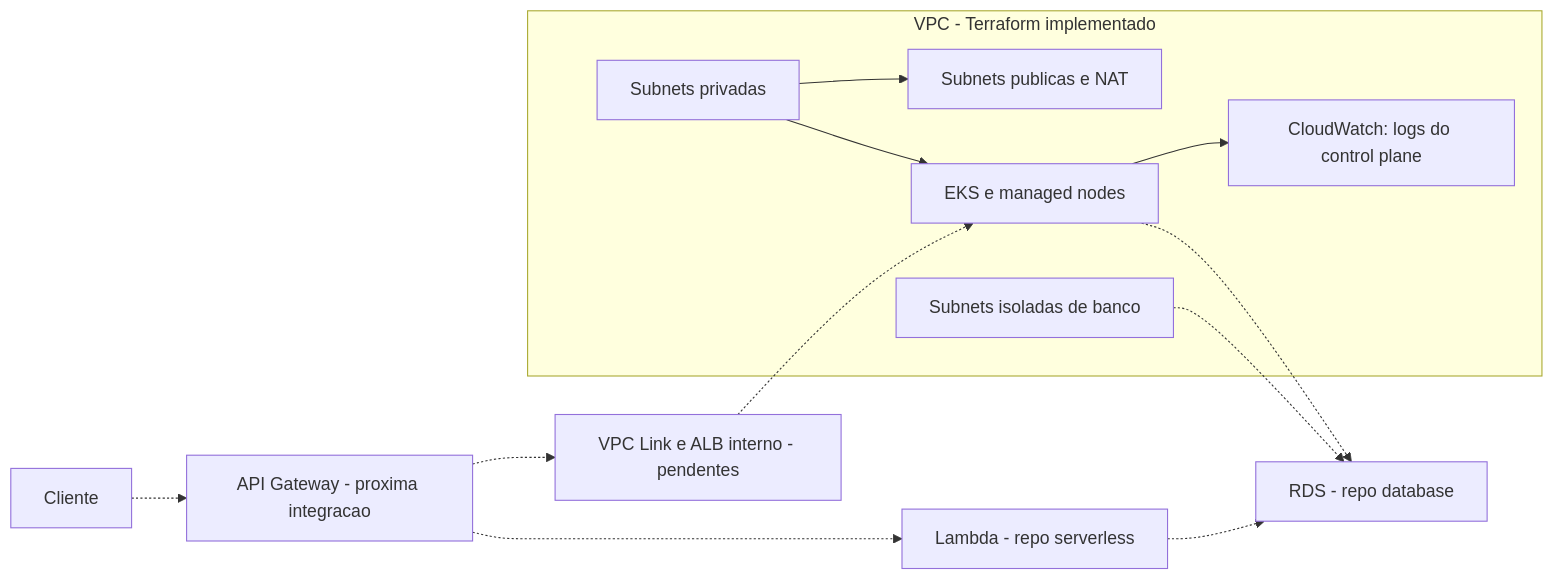
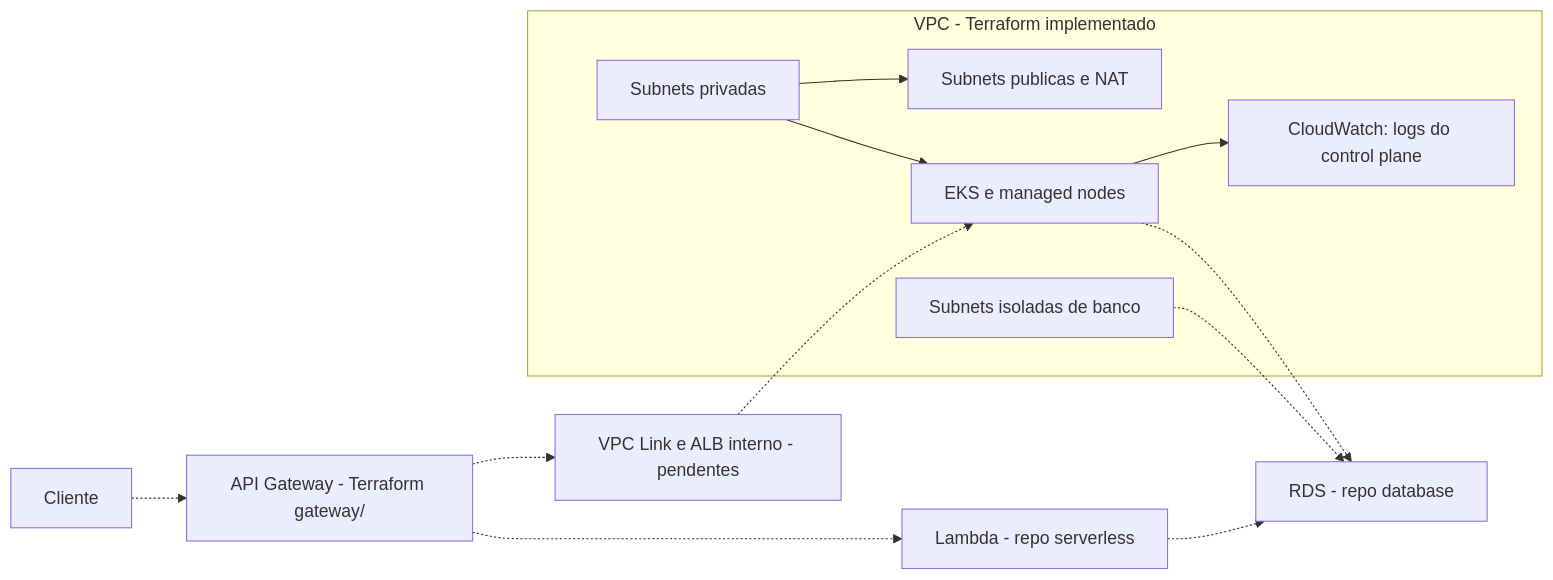
The diagram in README.md (Venomouus/Oficina-infra-kubernetes), drawn with Mermaid before and after one commit. The commit also changed other lines of this file and 13 other files, not shown here.

Commit message:
feature: configurar API Gateway com autenticacao JWT

````diff
--- a/README.md
+++ b/README.md
@@ -37,18 +39,18 @@
 ```mermaid
 flowchart LR
-    Client[Cliente] -.-> Gateway[API Gateway - proxima integracao]
+    Client[Cliente] -.-> Gateway[API Gateway - Terraform gateway/]
     Gateway -.-> Auth[Lambda - repo serverless]
     Gateway -.-> Link[VPC Link e ALB interno - pendentes]
     subgraph VPC[VPC - Terraform implementado]
         Public[Subnets publicas e NAT]
         Private[Subnets privadas]
         DBNet[Subnets isoladas de banco]
         Private --> EKS[EKS e managed nodes]
         Private --> Public
         EKS --> CW[CloudWatch: logs do control plane]
     end
     Link -.-> EKS
     EKS -.-> RDS[RDS - repo database]
     Auth -.-> RDS
     DBNet -.-> RDS
 ```
````
